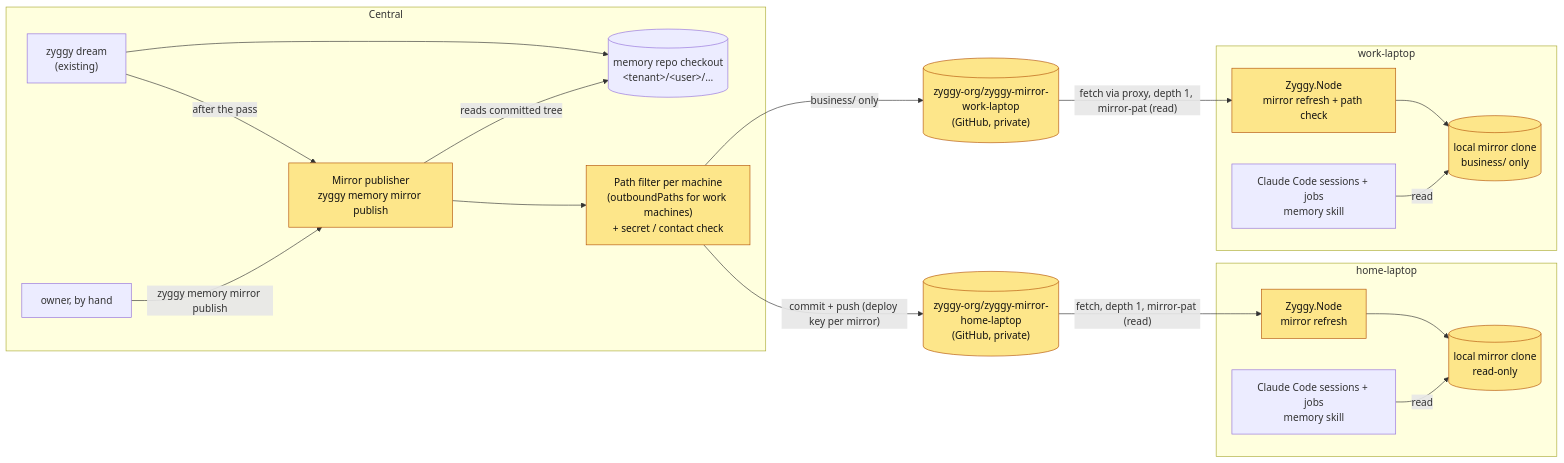
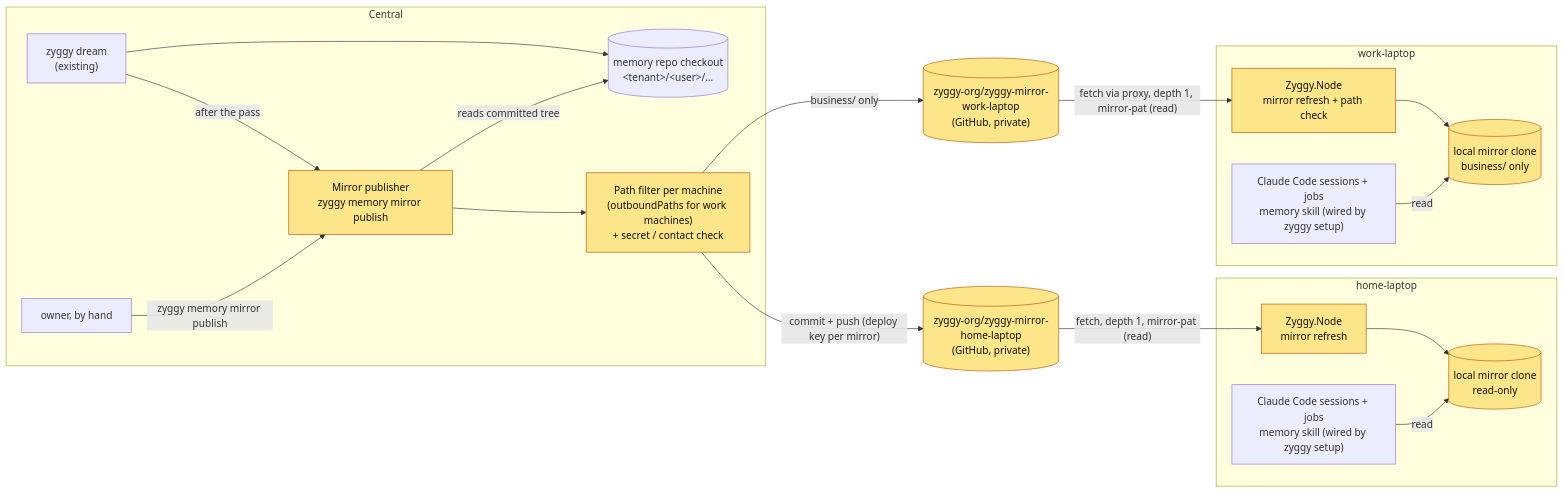
Before and after one commit to zyggy-org/zyggy: the first of 4 diagrams in _specs/47-browsable-memory-laptop.md, drawn with Mermaid. The commit also changed other lines of this file, not shown here.

Commit message:
zyggy job 01M7MP6Z0F22M40Z41T5QK5V2C

````diff
--- a/_specs/47-browsable-memory-laptop.md
+++ b/_specs/47-browsable-memory-laptop.md
@@ -49,26 +51,26 @@
 ```mermaid
 flowchart LR
   subgraph central [Central]
     dream["zyggy dream<br/>(existing)"] --> mem[("memory repo checkout<br/>&lt;tenant&gt;/&lt;user&gt;/…")]
     dream -->|after the pass| pub["Mirror publisher<br/>zyggy memory mirror publish"]
     owner["owner, by hand"] -->|zyggy memory mirror publish| pub
     pub -->|reads committed tree| mem
     pub --> filt["Path filter per machine<br/>(outboundPaths for work machines)<br/>+ secret / contact check"]
   end
   mrH[("zyggy-org/zyggy-mirror-home-laptop<br/>(GitHub, private)")]
   mrW[("zyggy-org/zyggy-mirror-work-laptop<br/>(GitHub, private)")]
   filt -->|"commit + push (deploy key per mirror)"| mrH
   filt -->|"business/ only"| mrW
   subgraph home [home-laptop]
     nH["Zyggy.Node<br/>mirror refresh"] --> cH[("local mirror clone<br/>read-only")]
-    sH["Claude Code sessions + jobs<br/>memory skill"] -->|read| cH
+    sH["Claude Code sessions + jobs<br/>memory skill (wired by zyggy setup)"] -->|read| cH
   end
   subgraph work [work-laptop]
     nW["Zyggy.Node<br/>mirror refresh + path check"] --> cW[("local mirror clone<br/>business/ only")]
-    sW["Claude Code sessions + jobs<br/>memory skill"] -->|read| cW
+    sW["Claude Code sessions + jobs<br/>memory skill (wired by zyggy setup)"] -->|read| cW
   end
   mrH -->|"fetch, depth 1, mirror-pat (read)"| nH
   mrW -->|"fetch via proxy, depth 1, mirror-pat (read)"| nW
   classDef new fill:#fde68a,stroke:#b45309,color:#111;
   class pub,filt,mrH,mrW,nH,cH,nW,cW new;
 ```
````
